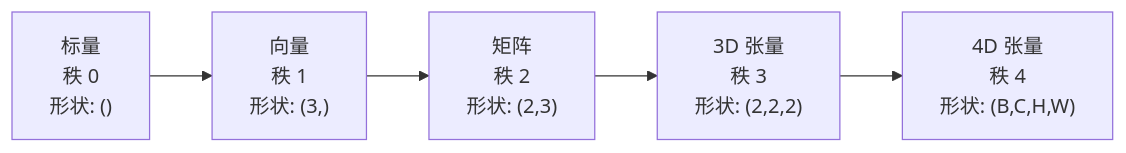
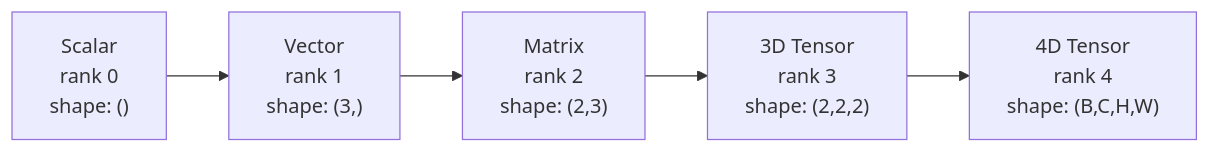
The first of 4 diagrams in i18n/zh/phases/01-math-foundations/12-tensor-operations/docs/zh.md (xiaojiaenen/ai-engineering-from-scratch-zh), drawn with Mermaid before and after one commit. The commit also changed other lines of this file and 22 other files, not shown here.

````diff
--- a/i18n/zh/phases/01-math-foundations/12-tensor-operations/docs/zh.md
+++ b/i18n/zh/phases/01-math-foundations/12-tensor-operations/docs/zh.md
@@ -31,7 +31,7 @@
 ```mermaid
 graph LR
-    S["标量<br/>秩 0<br/>形状: ()"] --> V["向量<br/>秩 1<br/>形状: (3,)"]
-    V --> M["矩阵<br/>秩 2<br/>形状: (2,3)"]
-    M --> T3["3D 张量<br/>秩 3<br/>形状: (2,2,2)"]
-    T3 --> T4["4D 张量<br/>秩 4<br/>形状: (B,C,H,W)"]
+    S["Scalar<br/>rank 0<br/>shape: ()"] --> V["Vector<br/>rank 1<br/>shape: (3,)"]
+    V --> M["Matrix<br/>rank 2<br/>shape: (2,3)"]
+    M --> T3["3D Tensor<br/>rank 3<br/>shape: (2,2,2)"]
+    T3 --> T4["4D Tensor<br/>rank 4<br/>shape: (B,C,H,W)"]
 ```
````
